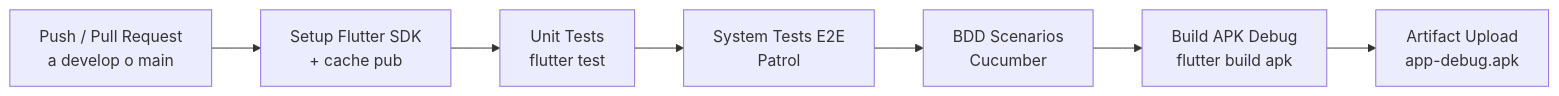
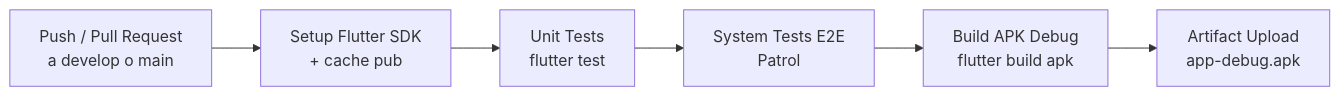
One commit to bananawire/deis-report changed the third of 3 diagrams in chapters/chapter7.md. Above: the diagram before and after it, drawn with Mermaid. The commit also changed other lines of this file, not shown here.

First line of the commit message:
fix(chapter7): alinear Cucumber y el despliegue de clair-ui

````diff
--- a/chapters/chapter7.md
+++ b/chapters/chapter7.md
@@ -99,9 +97,8 @@
 ```mermaid
 flowchart LR
     A[Push / Pull Request<br/>a develop o main] --> B[Setup Flutter SDK<br/>+ cache pub]
     B --> C[Unit Tests<br/>flutter test]
     C --> D[System Tests E2E<br/>Patrol]
-    D --> E[BDD Scenarios<br/>Cucumber]
-    E --> F[Build APK Debug<br/>flutter build apk]
-    F --> G[Artifact Upload<br/>app-debug.apk]
+    D --> E[Build APK Debug<br/>flutter build apk]
+    E --> F[Artifact Upload<br/>app-debug.apk]
 ```
````
